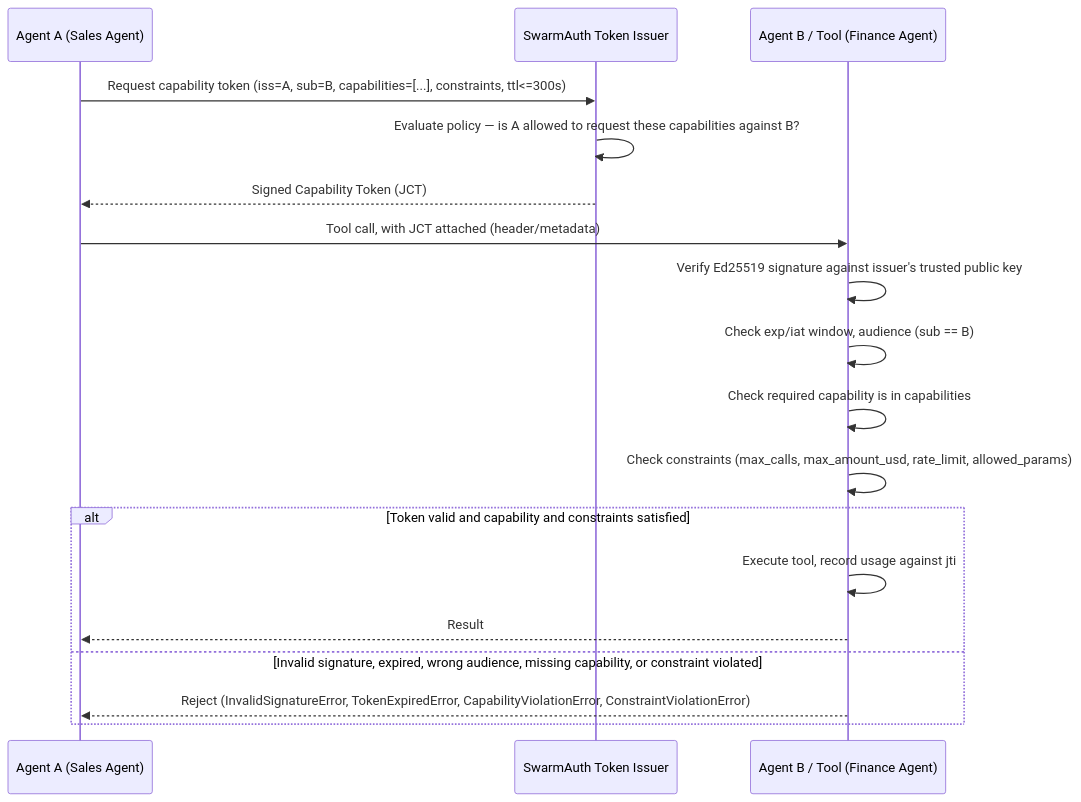
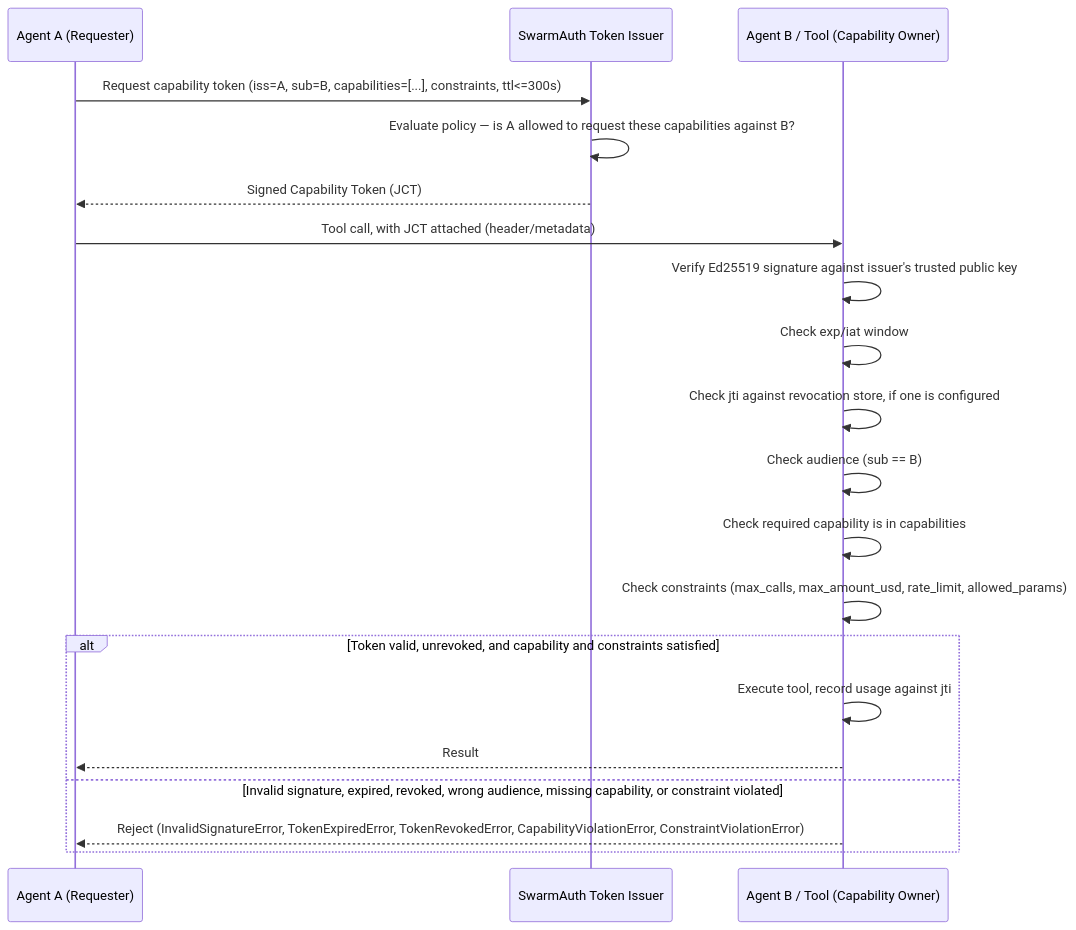
The diagram in SPEC.md (waspdrey/swarmauth), drawn with Mermaid before and after one commit. The commit also changed other lines of this file and 21 other files, not shown here.

````diff
--- a/SPEC.md
+++ b/SPEC.md
@@ -165,21 +169,23 @@
 ```mermaid
 sequenceDiagram
-    participant A as Agent A (Sales Agent)
+    participant A as Agent A (Requester)
     participant I as SwarmAuth Token Issuer
-    participant B as Agent B / Tool (Finance Agent)
+    participant B as Agent B / Tool (Capability Owner)
 
     A->>I: Request capability token (iss=A, sub=B, capabilities=[...], constraints, ttl<=300s)
     I->>I: Evaluate policy — is A allowed to request these capabilities against B?
     I-->>A: Signed Capability Token (JCT)
     A->>B: Tool call, with JCT attached (header/metadata)
     B->>B: Verify Ed25519 signature against issuer's trusted public key
-    B->>B: Check exp/iat window, audience (sub == B)
+    B->>B: Check exp/iat window
+    B->>B: Check jti against revocation store, if one is configured
+    B->>B: Check audience (sub == B)
     B->>B: Check required capability is in capabilities
     B->>B: Check constraints (max_calls, max_amount_usd, rate_limit, allowed_params)
-    alt Token valid and capability and constraints satisfied
+    alt Token valid, unrevoked, and capability and constraints satisfied
         B->>B: Execute tool, record usage against jti
         B-->>A: Result
-    else Invalid signature, expired, wrong audience, missing capability, or constraint violated
-        B-->>A: Reject (InvalidSignatureError, TokenExpiredError, CapabilityViolationError, ConstraintViolationError)
+    else Invalid signature, expired, revoked, wrong audience, missing capability, or constraint violated
+        B-->>A: Reject (InvalidSignatureError, TokenExpiredError, TokenRevokedError, CapabilityViolationError, ConstraintViolationError)
     end
 ```
````
